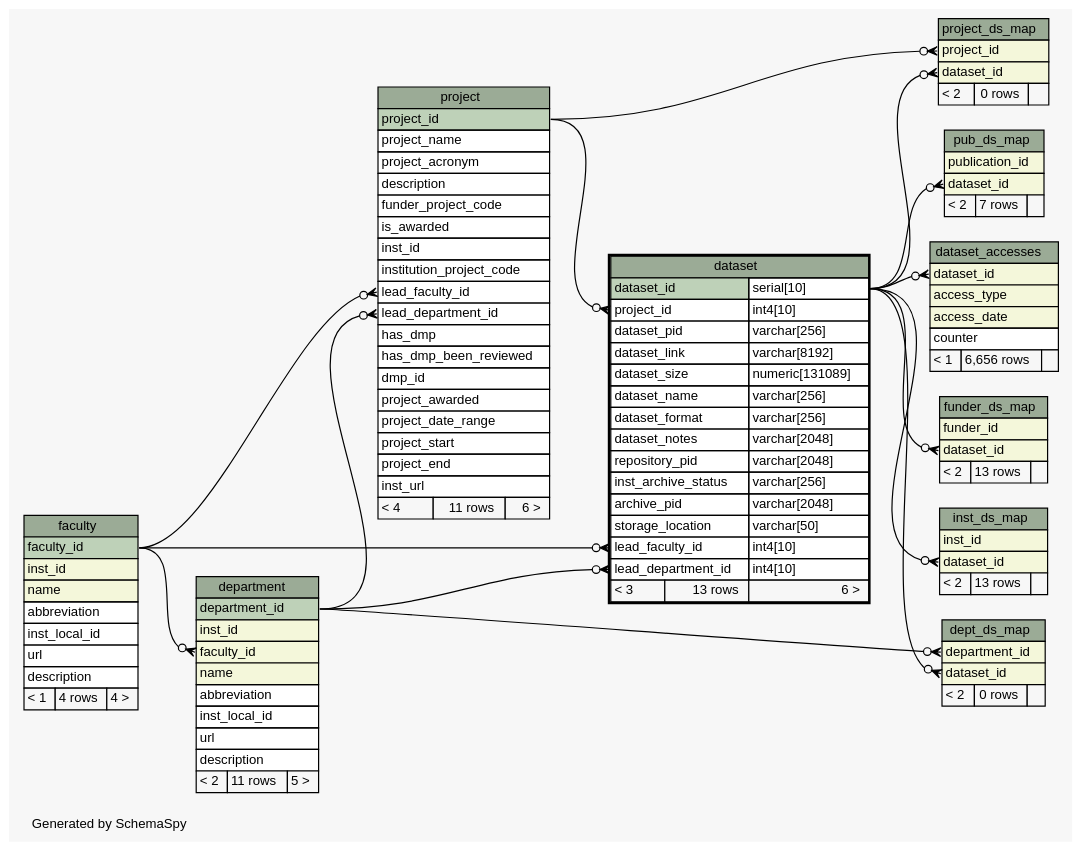
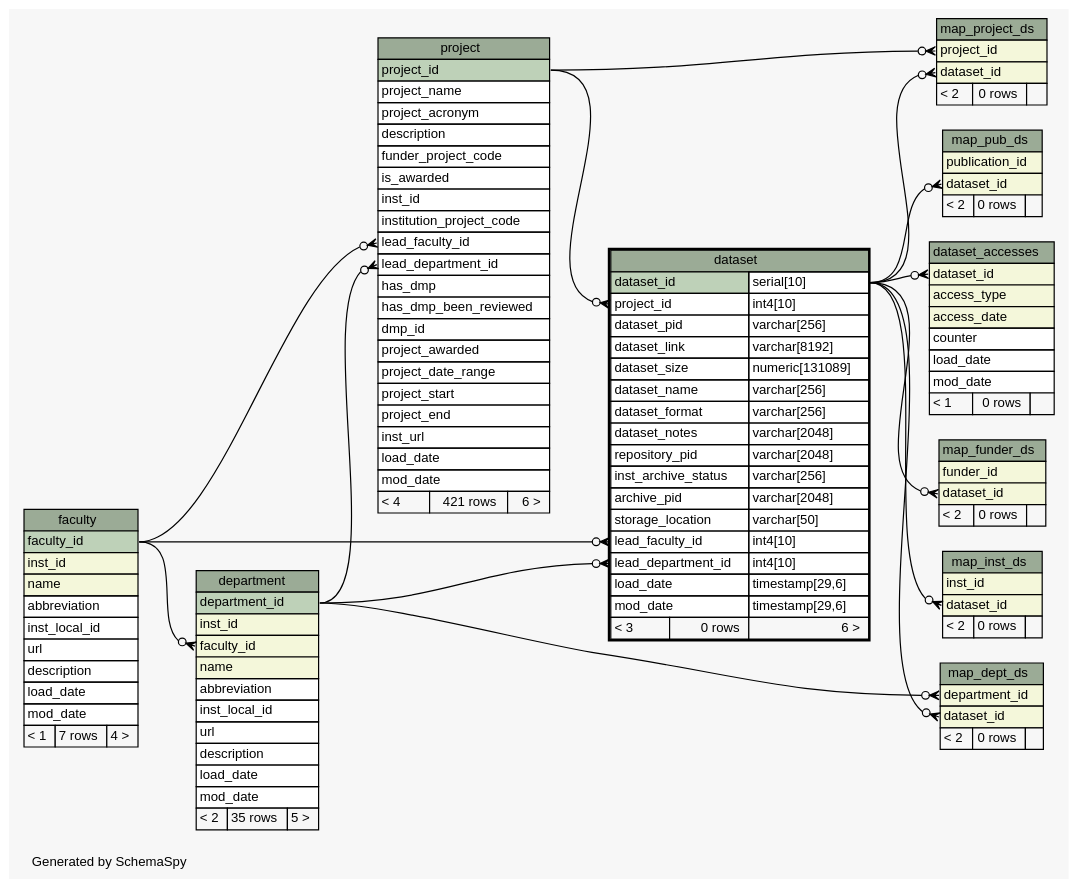
Before and after one commit to lulibrary/dmao_infrastructure: the diagram in ss.out/diagrams/dataset.1degree.dot, drawn with Graphviz. The commit also changed 81 other files, not shown here.

```diff
--- a/ss.out/diagrams/dataset.1degree.dot
+++ b/ss.out/diagrams/dataset.1degree.dot
@@ -24,15 +24,15 @@
   "dataset":"project_id":w -> "project":"project_id":e [arrowhead=none dir=back arrowtail=crowodot];
   "dataset_accesses":"dataset_id":w -> "dataset":"dataset_id.type":e [arrowhead=none dir=back arrowtail=crowodot];
   "department":"faculty_id":w -> "faculty":"faculty_id":e [arrowhead=none dir=back arrowtail=crowodot];
-  "dept_ds_map":"dataset_id":w -> "dataset":"dataset_id.type":e [arrowhead=none dir=back arrowtail=crowodot];
-  "dept_ds_map":"department_id":w -> "department":"department_id":e [arrowhead=none dir=back arrowtail=crowodot];
-  "funder_ds_map":"dataset_id":w -> "dataset":"dataset_id.type":e [arrowhead=none dir=back arrowtail=crowodot];
-  "inst_ds_map":"dataset_id":w -> "dataset":"dataset_id.type":e [arrowhead=none dir=back arrowtail=crowodot];
+  "map_dept_ds":"dataset_id":w -> "dataset":"dataset_id.type":e [arrowhead=none dir=back arrowtail=crowodot];
+  "map_dept_ds":"department_id":w -> "department":"department_id":e [arrowhead=none dir=back arrowtail=crowodot];
+  "map_funder_ds":"dataset_id":w -> "dataset":"dataset_id.type":e [arrowhead=none dir=back arrowtail=crowodot];
+  "map_inst_ds":"dataset_id":w -> "dataset":"dataset_id.type":e [arrowhead=none dir=back arrowtail=crowodot];
+  "map_project_ds":"dataset_id":w -> "dataset":"dataset_id.type":e [arrowhead=none dir=back arrowtail=crowodot];
+  "map_project_ds":"project_id":w -> "project":"project_id":e [arrowhead=none dir=back arrowtail=crowodot];
+  "map_pub_ds":"dataset_id":w -> "dataset":"dataset_id.type":e [arrowhead=none dir=back arrowtail=crowodot];
   "project":"lead_department_id":w -> "department":"department_id":e [arrowhead=none dir=back arrowtail=crowodot];
   "project":"lead_faculty_id":w -> "faculty":"faculty_id":e [arrowhead=none dir=back arrowtail=crowodot];
-  "project_ds_map":"dataset_id":w -> "dataset":"dataset_id.type":e [arrowhead=none dir=back arrowtail=crowodot];
-  "project_ds_map":"project_id":w -> "project":"project_id":e [arrowhead=none dir=back arrowtail=crowodot];
-  "pub_ds_map":"dataset_id":w -> "dataset":"dataset_id.type":e [arrowhead=none dir=back arrowtail=crowodot];
   "dataset" [
     label=<
     <TABLE BORDER="2" CELLBORDER="1" CELLSPACING="0" BGCOLOR="#ffffff">
@@ -51,7 +51,9 @@
       <TR><TD PORT="storage_location" COLSPAN="2" ALIGN="LEFT">storage_location</TD><TD PORT="storage_location.type" ALIGN="LEFT">varchar[50]</TD></TR>
       <TR><TD PORT="lead_faculty_id" COLSPAN="2" ALIGN="LEFT">lead_faculty_id</TD><TD PORT="lead_faculty_id.type" ALIGN="LEFT">int4[10]</TD></TR>
       <TR><TD PORT="lead_department_id" COLSPAN="2" ALIGN="LEFT">lead_department_id</TD><TD PORT="lead_department_id.type" ALIGN="LEFT">int4[10]</TD></TR>
-      <TR><TD ALIGN="LEFT" BGCOLOR="#f7f7f7">&lt; 3</TD><TD ALIGN="RIGHT" BGCOLOR="#f7f7f7">13 rows</TD><TD ALIGN="RIGHT" BGCOLOR="#f7f7f7">6 &gt;</TD></TR>
+      <TR><TD PORT="load_date" COLSPAN="2" ALIGN="LEFT">load_date</TD><TD PORT="load_date.type" ALIGN="LEFT">timestamp[29,6]</TD></TR>
+      <TR><TD PORT="mod_date" COLSPAN="2" ALIGN="LEFT">mod_date</TD><TD PORT="mod_date.type" ALIGN="LEFT">timestamp[29,6]</TD></TR>
+      <TR><TD ALIGN="LEFT" BGCOLOR="#f7f7f7">&lt; 3</TD><TD ALIGN="RIGHT" BGCOLOR="#f7f7f7">0 rows</TD><TD ALIGN="RIGHT" BGCOLOR="#f7f7f7">6 &gt;</TD></TR>
     </TABLE>>
     URL="dataset.html"
     tooltip="dataset"
@@ -64,7 +66,9 @@
       <TR><TD PORT="access_type" COLSPAN="3" BGCOLOR="#f4f7da" ALIGN="LEFT">access_type</TD></TR>
       <TR><TD PORT="access_date" COLSPAN="3" BGCOLOR="#f4f7da" ALIGN="LEFT">access_date</TD></TR>
       <TR><TD PORT="counter" COLSPAN="3" ALIGN="LEFT">counter</TD></TR>
-      <TR><TD ALIGN="LEFT" BGCOLOR="#f7f7f7">&lt; 1</TD><TD ALIGN="RIGHT" BGCOLOR="#f7f7f7">6,656 rows</TD><TD ALIGN="RIGHT" BGCOLOR="#f7f7f7">  </TD></TR>
+      <TR><TD PORT="load_date" COLSPAN="3" ALIGN="LEFT">load_date</TD></TR>
+      <TR><TD PORT="mod_date" COLSPAN="3" ALIGN="LEFT">mod_date</TD></TR>
+      <TR><TD ALIGN="LEFT" BGCOLOR="#f7f7f7">&lt; 1</TD><TD ALIGN="RIGHT" BGCOLOR="#f7f7f7">0 rows</TD><TD ALIGN="RIGHT" BGCOLOR="#f7f7f7">  </TD></TR>
     </TABLE>>
     URL="dataset_accesses.html"
     tooltip="dataset_accesses"
@@ -81,21 +85,12 @@
       <TR><TD PORT="inst_local_id" COLSPAN="3" ALIGN="LEFT">inst_local_id</TD></TR>
       <TR><TD PORT="url" COLSPAN="3" ALIGN="LEFT">url</TD></TR>
       <TR><TD PORT="description" COLSPAN="3" ALIGN="LEFT">description</TD></TR>
-      <TR><TD ALIGN="LEFT" BGCOLOR="#f7f7f7">&lt; 2</TD><TD ALIGN="RIGHT" BGCOLOR="#f7f7f7">11 rows</TD><TD ALIGN="RIGHT" BGCOLOR="#f7f7f7">5 &gt;</TD></TR>
+      <TR><TD PORT="load_date" COLSPAN="3" ALIGN="LEFT">load_date</TD></TR>
+      <TR><TD PORT="mod_date" COLSPAN="3" ALIGN="LEFT">mod_date</TD></TR>
+      <TR><TD ALIGN="LEFT" BGCOLOR="#f7f7f7">&lt; 2</TD><TD ALIGN="RIGHT" BGCOLOR="#f7f7f7">35 rows</TD><TD ALIGN="RIGHT" BGCOLOR="#f7f7f7">5 &gt;</TD></TR>
     </TABLE>>
     URL="department.html"
     tooltip="department"
-  ];
-  "dept_ds_map" [
-    label=<
-    <TABLE BORDER="0" CELLBORDER="1" CELLSPACING="0" BGCOLOR="#ffffff">
-      <TR><TD COLSPAN="3" BGCOLOR="#9bab96" ALIGN="CENTER">dept_ds_map</TD></TR>
-      <TR><TD PORT="department_id" COLSPAN="3" BGCOLOR="#f4f7da" ALIGN="LEFT">department_id</TD></TR>
-      <TR><TD PORT="dataset_id" COLSPAN="3" BGCOLOR="#f4f7da" ALIGN="LEFT">dataset_id</TD></TR>
-      <TR><TD ALIGN="LEFT" BGCOLOR="#f7f7f7">&lt; 2</TD><TD ALIGN="RIGHT" BGCOLOR="#f7f7f7">0 rows</TD><TD ALIGN="RIGHT" BGCOLOR="#f7f7f7">  </TD></TR>
-    </TABLE>>
-    URL="dept_ds_map.html"
-    tooltip="dept_ds_map"
   ];
   "faculty" [
     label=<
@@ -108,32 +103,67 @@
       <TR><TD PORT="inst_local_id" COLSPAN="3" ALIGN="LEFT">inst_local_id</TD></TR>
       <TR><TD PORT="url" COLSPAN="3" ALIGN="LEFT">url</TD></TR>
       <TR><TD PORT="description" COLSPAN="3" ALIGN="LEFT">description</TD></TR>
-      <TR><TD ALIGN="LEFT" BGCOLOR="#f7f7f7">&lt; 1</TD><TD ALIGN="RIGHT" BGCOLOR="#f7f7f7">4 rows</TD><TD ALIGN="RIGHT" BGCOLOR="#f7f7f7">4 &gt;</TD></TR>
+      <TR><TD PORT="load_date" COLSPAN="3" ALIGN="LEFT">load_date</TD></TR>
+      <TR><TD PORT="mod_date" COLSPAN="3" ALIGN="LEFT">mod_date</TD></TR>
+      <TR><TD ALIGN="LEFT" BGCOLOR="#f7f7f7">&lt; 1</TD><TD ALIGN="RIGHT" BGCOLOR="#f7f7f7">7 rows</TD><TD ALIGN="RIGHT" BGCOLOR="#f7f7f7">4 &gt;</TD></TR>
     </TABLE>>
     URL="faculty.html"
     tooltip="faculty"
   ];
-  "funder_ds_map" [
+  "map_dept_ds" [
     label=<
     <TABLE BORDER="0" CELLBORDER="1" CELLSPACING="0" BGCOLOR="#ffffff">
-      <TR><TD COLSPAN="3" BGCOLOR="#9bab96" ALIGN="CENTER">funder_ds_map</TD></TR>
+      <TR><TD COLSPAN="3" BGCOLOR="#9bab96" ALIGN="CENTER">map_dept_ds</TD></TR>
+      <TR><TD PORT="department_id" COLSPAN="3" BGCOLOR="#f4f7da" ALIGN="LEFT">department_id</TD></TR>
+      <TR><TD PORT="dataset_id" COLSPAN="3" BGCOLOR="#f4f7da" ALIGN="LEFT">dataset_id</TD></TR>
+      <TR><TD ALIGN="LEFT" BGCOLOR="#f7f7f7">&lt; 2</TD><TD ALIGN="RIGHT" BGCOLOR="#f7f7f7">0 rows</TD><TD ALIGN="RIGHT" BGCOLOR="#f7f7f7">  </TD></TR>
+    </TABLE>>
+    URL="map_dept_ds.html"
+    tooltip="map_dept_ds"
+  ];
+  "map_funder_ds" [
+    label=<
+    <TABLE BORDER="0" CELLBORDER="1" CELLSPACING="0" BGCOLOR="#ffffff">
+      <TR><TD COLSPAN="3" BGCOLOR="#9bab96" ALIGN="CENTER">map_funder_ds</TD></TR>
       <TR><TD PORT="funder_id" COLSPAN="3" BGCOLOR="#f4f7da" ALIGN="LEFT">funder_id</TD></TR>
       <TR><TD PORT="dataset_id" COLSPAN="3" BGCOLOR="#f4f7da" ALIGN="LEFT">dataset_id</TD></TR>
-      <TR><TD ALIGN="LEFT" BGCOLOR="#f7f7f7">&lt; 2</TD><TD ALIGN="RIGHT" BGCOLOR="#f7f7f7">13 rows</TD><TD ALIGN="RIGHT" BGCOLOR="#f7f7f7">  </TD></TR>
+      <TR><TD ALIGN="LEFT" BGCOLOR="#f7f7f7">&lt; 2</TD><TD ALIGN="RIGHT" BGCOLOR="#f7f7f7">0 rows</TD><TD ALIGN="RIGHT" BGCOLOR="#f7f7f7">  </TD></TR>
     </TABLE>>
-    URL="funder_ds_map.html"
-    tooltip="funder_ds_map"
+    URL="map_funder_ds.html"
+    tooltip="map_funder_ds"
   ];
-  "inst_ds_map" [
+  "map_inst_ds" [
     label=<
     <TABLE BORDER="0" CELLBORDER="1" CELLSPACING="0" BGCOLOR="#ffffff">
-      <TR><TD COLSPAN="3" BGCOLOR="#9bab96" ALIGN="CENTER">inst_ds_map</TD></TR>
+      <TR><TD COLSPAN="3" BGCOLOR="#9bab96" ALIGN="CENTER">map_inst_ds</TD></TR>
       <TR><TD PORT="inst_id" COLSPAN="3" BGCOLOR="#f4f7da" ALIGN="LEFT">inst_id</TD></TR>
       <TR><TD PORT="dataset_id" COLSPAN="3" BGCOLOR="#f4f7da" ALIGN="LEFT">dataset_id</TD></TR>
-      <TR><TD ALIGN="LEFT" BGCOLOR="#f7f7f7">&lt; 2</TD><TD ALIGN="RIGHT" BGCOLOR="#f7f7f7">13 rows</TD><TD ALIGN="RIGHT" BGCOLOR="#f7f7f7">  </TD></TR>
+      <TR><TD ALIGN="LEFT" BGCOLOR="#f7f7f7">&lt; 2</TD><TD ALIGN="RIGHT" BGCOLOR="#f7f7f7">0 rows</TD><TD ALIGN="RIGHT" BGCOLOR="#f7f7f7">  </TD></TR>
     </TABLE>>
-    URL="inst_ds_map.html"
-    tooltip="inst_ds_map"
+    URL="map_inst_ds.html"
+    tooltip="map_inst_ds"
+  ];
+  "map_project_ds" [
+    label=<
+    <TABLE BORDER="0" CELLBORDER="1" CELLSPACING="0" BGCOLOR="#ffffff">
+      <TR><TD COLSPAN="3" BGCOLOR="#9bab96" ALIGN="CENTER">map_project_ds</TD></TR>
+      <TR><TD PORT="project_id" COLSPAN="3" BGCOLOR="#f4f7da" ALIGN="LEFT">project_id</TD></TR>
+      <TR><TD PORT="dataset_id" COLSPAN="3" BGCOLOR="#f4f7da" ALIGN="LEFT">dataset_id</TD></TR>
+      <TR><TD ALIGN="LEFT" BGCOLOR="#f7f7f7">&lt; 2</TD><TD ALIGN="RIGHT" BGCOLOR="#f7f7f7">0 rows</TD><TD ALIGN="RIGHT" BGCOLOR="#f7f7f7">  </TD></TR>
+    </TABLE>>
+    URL="map_project_ds.html"
+    tooltip="map_project_ds"
+  ];
+  "map_pub_ds" [
+    label=<
+    <TABLE BORDER="0" CELLBORDER="1" CELLSPACING="0" BGCOLOR="#ffffff">
+      <TR><TD COLSPAN="3" BGCOLOR="#9bab96" ALIGN="CENTER">map_pub_ds</TD></TR>
+      <TR><TD PORT="publication_id" COLSPAN="3" BGCOLOR="#f4f7da" ALIGN="LEFT">publication_id</TD></TR>
+      <TR><TD PORT="dataset_id" COLSPAN="3" BGCOLOR="#f4f7da" ALIGN="LEFT">dataset_id</TD></TR>
+      <TR><TD ALIGN="LEFT" BGCOLOR="#f7f7f7">&lt; 2</TD><TD ALIGN="RIGHT" BGCOLOR="#f7f7f7">0 rows</TD><TD ALIGN="RIGHT" BGCOLOR="#f7f7f7">  </TD></TR>
+    </TABLE>>
+    URL="map_pub_ds.html"
+    tooltip="map_pub_ds"
   ];
   "project" [
     label=<
@@ -157,31 +187,11 @@
       <TR><TD PORT="project_start" COLSPAN="3" ALIGN="LEFT">project_start</TD></TR>
       <TR><TD PORT="project_end" COLSPAN="3" ALIGN="LEFT">project_end</TD></TR>
       <TR><TD PORT="inst_url" COLSPAN="3" ALIGN="LEFT">inst_url</TD></TR>
-      <TR><TD ALIGN="LEFT" BGCOLOR="#f7f7f7">&lt; 4</TD><TD ALIGN="RIGHT" BGCOLOR="#f7f7f7">11 rows</TD><TD ALIGN="RIGHT" BGCOLOR="#f7f7f7">6 &gt;</TD></TR>
+      <TR><TD PORT="load_date" COLSPAN="3" ALIGN="LEFT">load_date</TD></TR>
+      <TR><TD PORT="mod_date" COLSPAN="3" ALIGN="LEFT">mod_date</TD></TR>
+      <TR><TD ALIGN="LEFT" BGCOLOR="#f7f7f7">&lt; 4</TD><TD ALIGN="RIGHT" BGCOLOR="#f7f7f7">421 rows</TD><TD ALIGN="RIGHT" BGCOLOR="#f7f7f7">6 &gt;</TD></TR>
     </TABLE>>
     URL="project.html"
     tooltip="project"
   ];
-  "project_ds_map" [
-    label=<
-    <TABLE BORDER="0" CELLBORDER="1" CELLSPACING="0" BGCOLOR="#ffffff">
-      <TR><TD COLSPAN="3" BGCOLOR="#9bab96" ALIGN="CENTER">project_ds_map</TD></TR>
-      <TR><TD PORT="project_id" COLSPAN="3" BGCOLOR="#f4f7da" ALIGN="LEFT">project_id</TD></TR>
-      <TR><TD PORT="dataset_id" COLSPAN="3" BGCOLOR="#f4f7da" ALIGN="LEFT">dataset_id</TD></TR>
-      <TR><TD ALIGN="LEFT" BGCOLOR="#f7f7f7">&lt; 2</TD><TD ALIGN="RIGHT" BGCOLOR="#f7f7f7">0 rows</TD><TD ALIGN="RIGHT" BGCOLOR="#f7f7f7">  </TD></TR>
-    </TABLE>>
-    URL="project_ds_map.html"
-    tooltip="project_ds_map"
-  ];
-  "pub_ds_map" [
-    label=<
-    <TABLE BORDER="0" CELLBORDER="1" CELLSPACING="0" BGCOLOR="#ffffff">
-      <TR><TD COLSPAN="3" BGCOLOR="#9bab96" ALIGN="CENTER">pub_ds_map</TD></TR>
-      <TR><TD PORT="publication_id" COLSPAN="3" BGCOLOR="#f4f7da" ALIGN="LEFT">publication_id</TD></TR>
-      <TR><TD PORT="dataset_id" COLSPAN="3" BGCOLOR="#f4f7da" ALIGN="LEFT">dataset_id</TD></TR>
-      <TR><TD ALIGN="LEFT" BGCOLOR="#f7f7f7">&lt; 2</TD><TD ALIGN="RIGHT" BGCOLOR="#f7f7f7">7 rows</TD><TD ALIGN="RIGHT" BGCOLOR="#f7f7f7">  </TD></TR>
-    </TABLE>>
-    URL="pub_ds_map.html"
-    tooltip="pub_ds_map"
-  ];
 }
```
